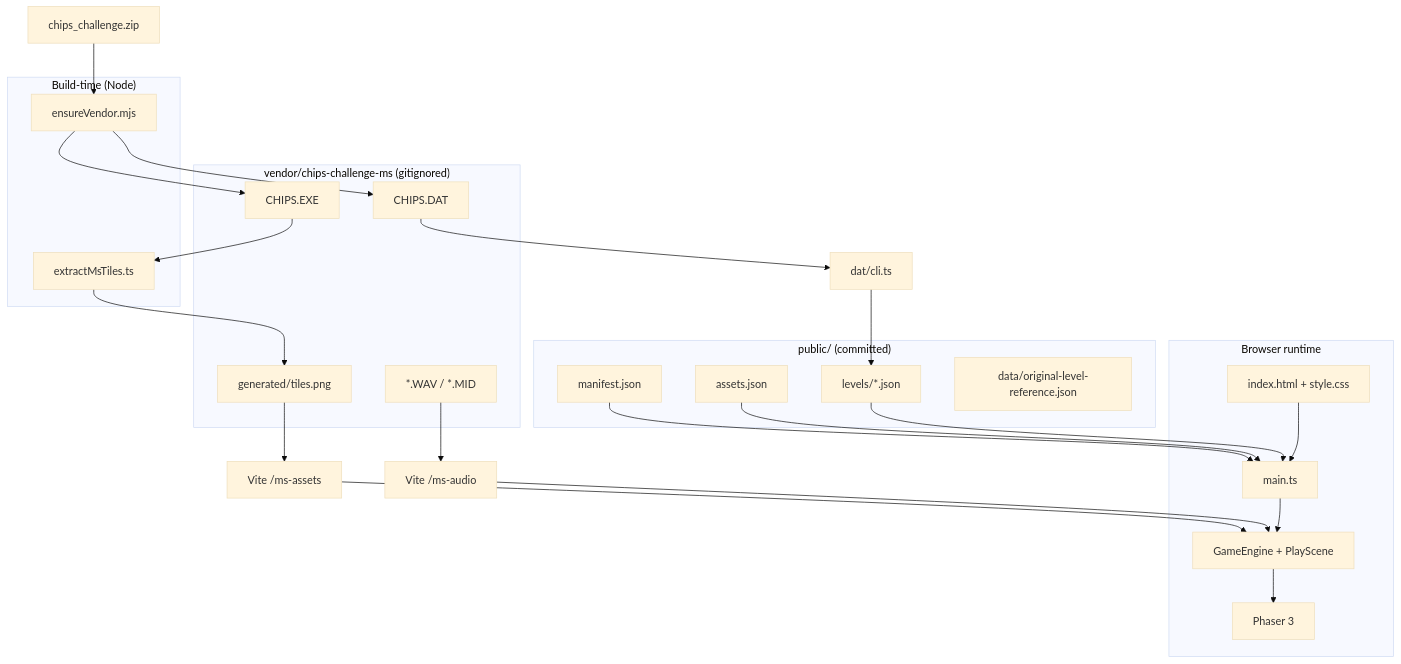
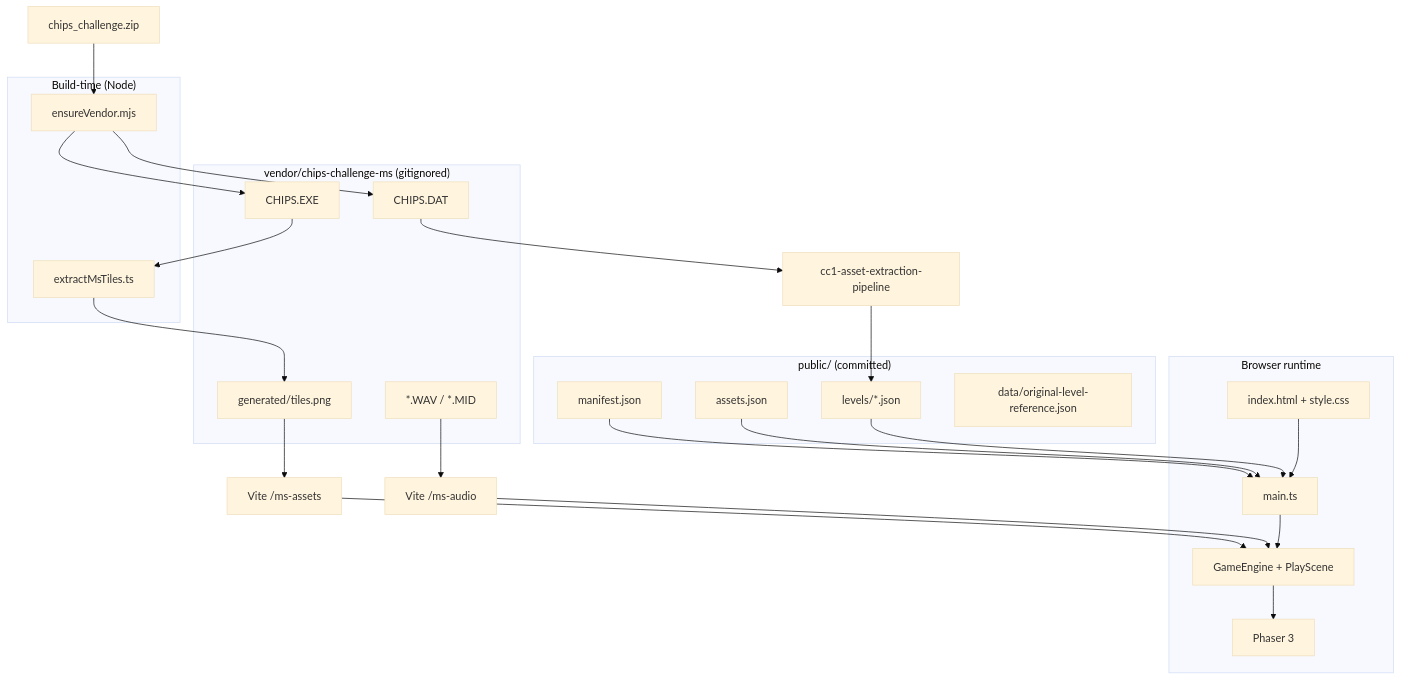
One commit to DanM7/chips-challenge-web changed the first of 3 diagrams in docs/architecture.md. Above: the diagram before and after it, drawn with Mermaid (base theme). The commit also changed other lines of this file and 96 other files, not shown here.

````diff
--- a/docs/architecture.md
+++ b/docs/architecture.md
@@ -15,47 +15,47 @@
 ```mermaid
 flowchart TB
   subgraph vendor["vendor/chips-challenge-ms (gitignored)"]
     DAT["CHIPS.DAT"]
     EXE["CHIPS.EXE"]
     GEN["generated/tiles.png"]
     WAV["*.WAV / *.MID"]
   end
 
   subgraph build["Build-time (Node)"]
     ensure["ensureVendor.mjs"]
     extract["extractMsTiles.ts"]
   end
 
   subgraph public["public/ (committed)"]
     manifest["manifest.json"]
     assets["assets.json"]
     levels["levels/*.json"]
     ref["data/original-level-reference.json"]
   end
 
   subgraph runtime["Browser runtime"]
     html["index.html + style.css"]
     main["main.ts"]
     engine["GameEngine + PlayScene"]
     phaser["Phaser 3"]
   end
 
   ZIP["chips_challenge.zip"] --> ensure
   ensure --> DAT
   ensure --> EXE
   EXE --> extract
   extract --> GEN
-  DAT --> CLI["dat/cli.ts"]
+  DAT --> CLI["cc1-asset-extraction-pipeline"]
   CLI --> levels
 
   manifest --> main
   assets --> main
   levels --> main
   GEN --> vite["Vite /ms-assets"]
   WAV --> vite2["Vite /ms-audio"]
   vite --> engine
   vite2 --> engine
   main --> engine
   engine --> phaser
   html --> main
 ```
````
